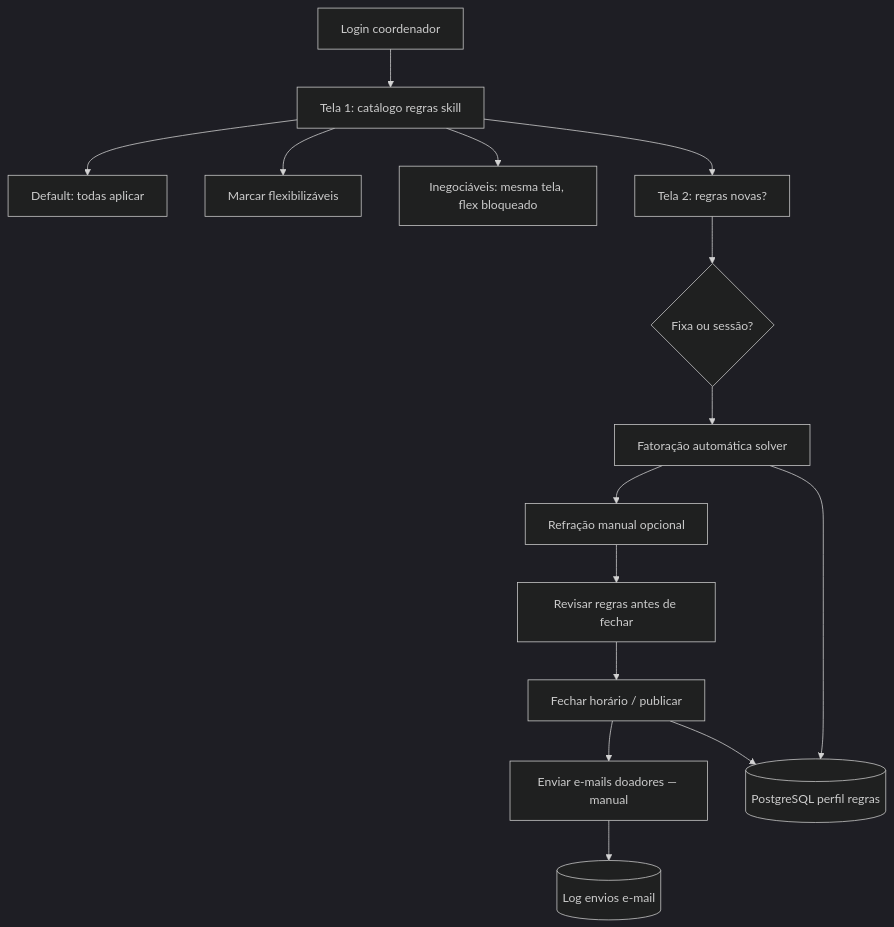
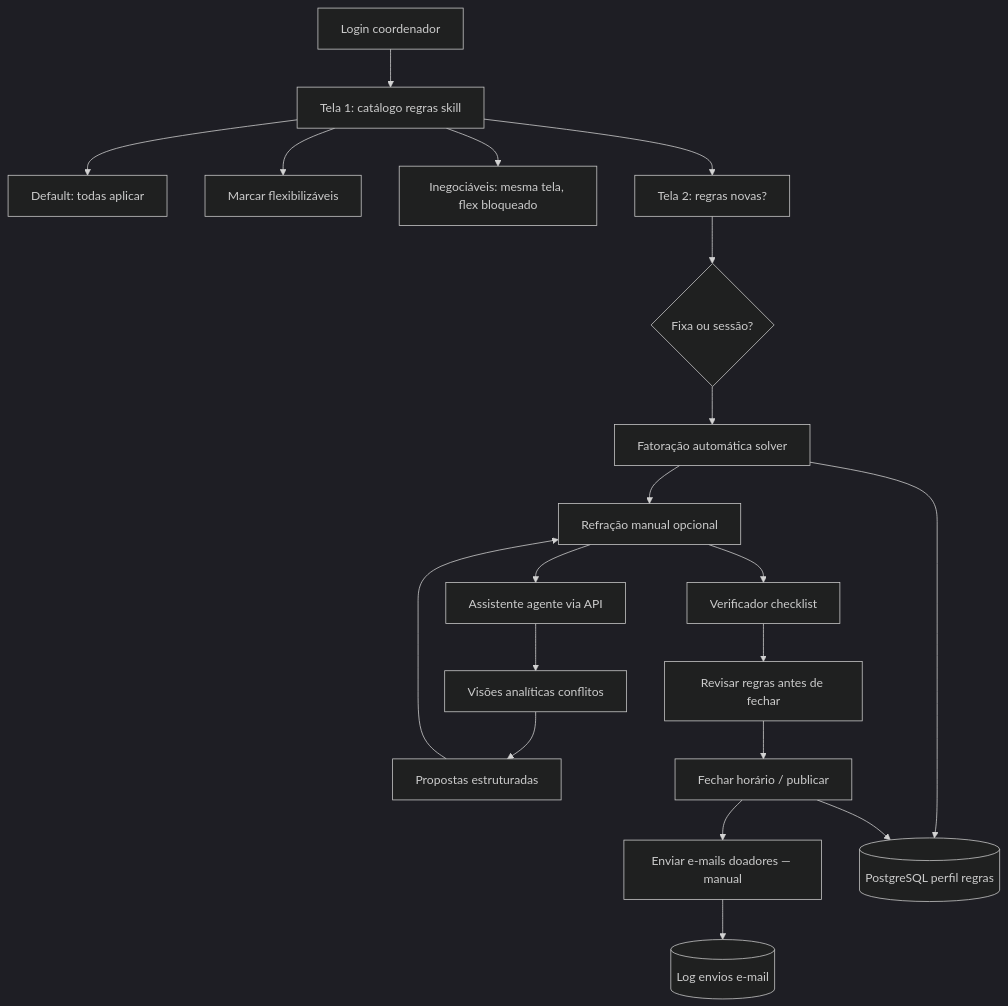
Before and after one commit to cbrener89052/calendarioprovas: the diagram in _reversa_sdd/flowcharts/plataforma-multi-coordenador.md, drawn with Mermaid (dark theme). The commit also changed 8 other files, not shown here.

First line of the commit message:
docs(reversa): requisito agente de refração via API

````diff
--- a/_reversa_sdd/flowcharts/plataforma-multi-coordenador.md
+++ b/_reversa_sdd/flowcharts/plataforma-multi-coordenador.md
@@ -5,18 +5,23 @@
 ```mermaid
 flowchart TD
     LOGIN[Login coordenador] --> T1[Tela 1: catálogo regras skill]
     T1 --> D1[Default: todas aplicar]
     T1 --> D2[Marcar flexibilizáveis]
     T1 --> D3[Inegociáveis: mesma tela, flex bloqueado]
     T1 --> T2[Tela 2: regras novas?]
     T2 --> E{Fixa ou sessão?}
     E --> FAT[Fatoração automática solver]
     FAT --> REF[Refração manual opcional]
-    REF --> GATE[Revisar regras antes de fechar]
+    REF --> AGENT[Assistente agente via API]
+    AGENT --> VIEWS[Visões analíticas conflitos]
+    VIEWS --> PROP[Propostas estruturadas]
+    PROP --> REF
+    REF --> VER[Verificador checklist]
+    VER --> GATE[Revisar regras antes de fechar]
     GATE --> FECHAR[Fechar horário / publicar]
     FECHAR --> EMAIL[Enviar e-mails doadores — manual]
     
     FAT --> PG[(PostgreSQL perfil regras)]
     FECHAR --> PG
     EMAIL --> AUDIT[(Log envios e-mail)]
 ```
````
